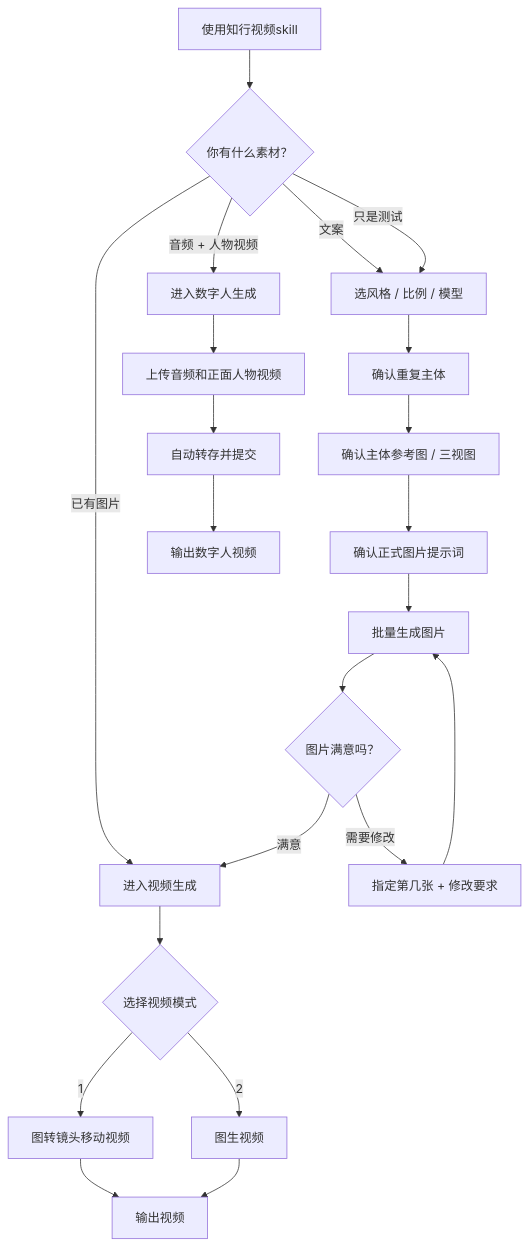
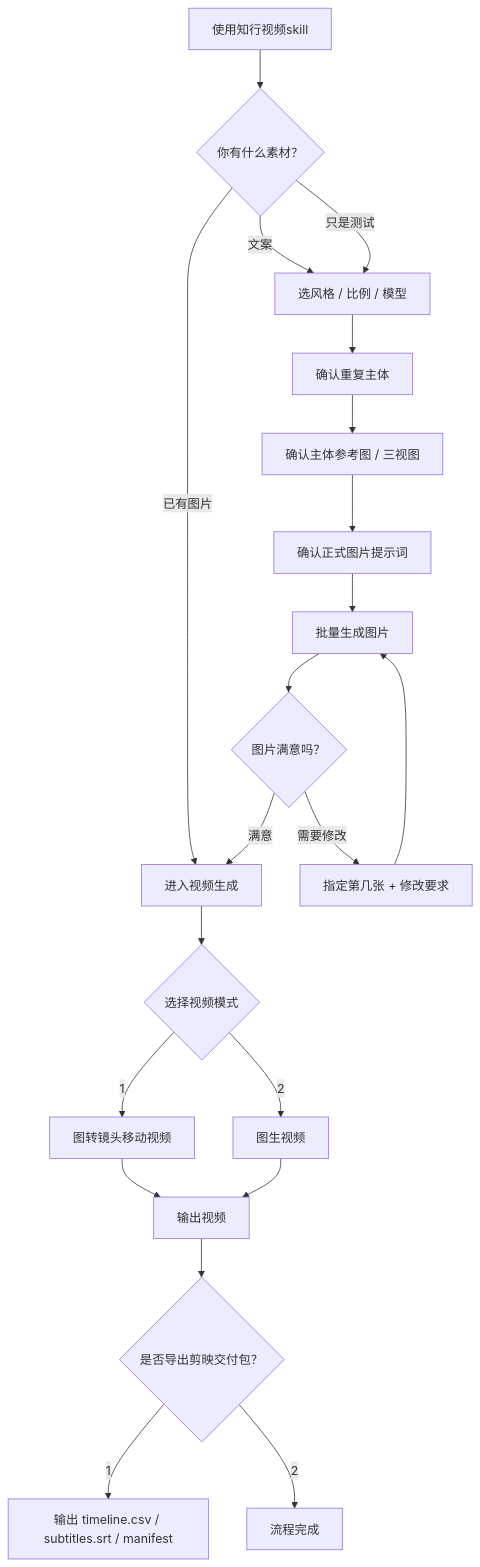
One commit to syhdmwi/zhixing_video changed the diagram in SOP-如何使用知行视频skill.md. Above: the diagram before and after it, drawn with Mermaid. The commit also changed other lines of this file and 46 other files, not shown here.

````diff
--- a/SOP-如何使用知行视频skill.md
+++ b/SOP-如何使用知行视频skill.md
@@ -41,27 +35,26 @@
 ```mermaid
 flowchart TD
     A["使用知行视频skill"] --> B{"你有什么素材？"}
     B -->|"文案"| C["选风格 / 比例 / 模型"]
     B -->|"已有图片"| H["进入视频生成"]
-    B -->|"音频 + 人物视频"| K["进入数字人生成"]
     B -->|"只是测试"| C
 
     C --> D["确认重复主体"]
     D --> E["确认主体参考图 / 三视图"]
     E --> F["确认正式图片提示词"]
     F --> G["批量生成图片"]
     G --> G2{"图片满意吗？"}
     G2 -->|"需要修改"| G3["指定第几张 + 修改要求"]
     G3 --> G
     G2 -->|"满意"| H
 
     H --> I{"选择视频模式"}
     I -->|"1"| J["图转镜头移动视频"]
     I -->|"2"| J2["图生视频"]
     J --> L["输出视频"]
     J2 --> L
 
-    K --> K2["上传音频和正面人物视频"]
-    K2 --> K3["自动转存并提交"]
-    K3 --> K4["输出数字人视频"]
+    L --> M{"是否导出剪映交付包？"}
+    M -->|"1"| N["输出 timeline.csv / subtitles.srt / manifest"]
+    M -->|"2"| O["流程完成"]
 ```
````
